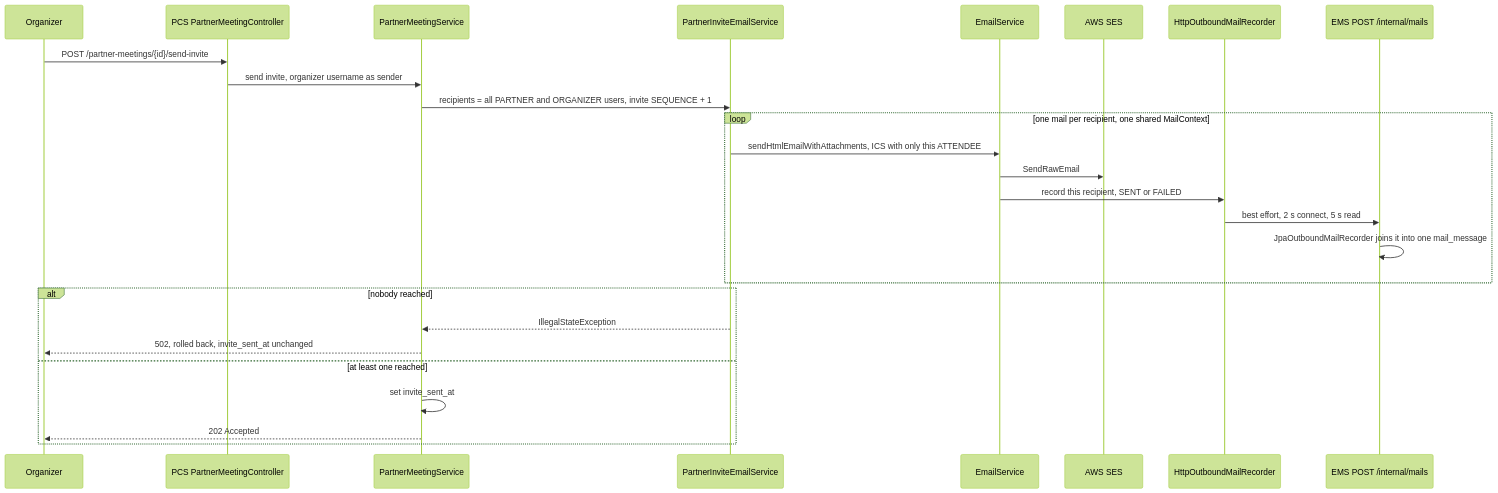
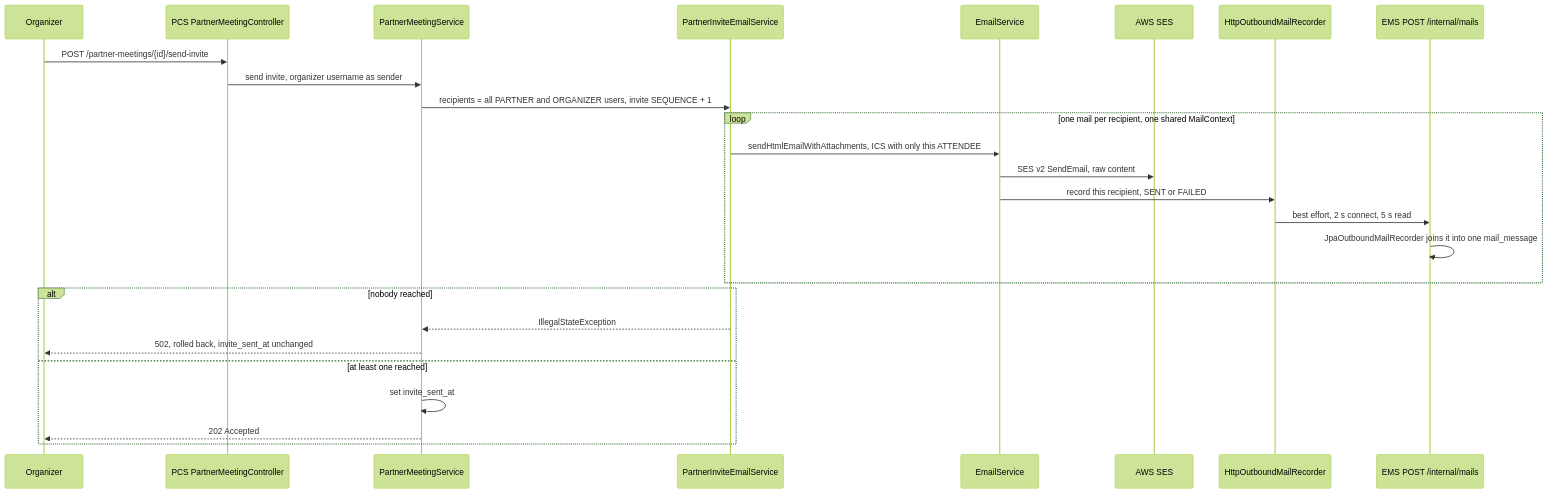
Before and after one commit to nissimbuchs/BATbern2: the ninth of 14 diagrams in docs/architecture/06-backend-architecture.md, drawn with Mermaid (forest theme). The commit also changed other lines of this file and 351 other files, not shown here.

````diff
--- a/docs/architecture/06-backend-architecture.md
+++ b/docs/architecture/06-backend-architecture.md
@@ -1263,29 +1464,29 @@
 ```mermaid
 sequenceDiagram
     participant Org as Organizer
     participant PMC as PCS PartnerMeetingController
     participant PMS as PartnerMeetingService
     participant PIE as PartnerInviteEmailService
     participant ES as EmailService
     participant SES as AWS SES
     participant REC as HttpOutboundMailRecorder
     participant EMS as EMS POST /internal/mails
 
     Org->>PMC: POST /partner-meetings/{id}/send-invite
     PMC->>PMS: send invite, organizer username as sender
     PMS->>PIE: recipients = all PARTNER and ORGANIZER users, invite SEQUENCE + 1
     loop one mail per recipient, one shared MailContext
         PIE->>ES: sendHtmlEmailWithAttachments, ICS with only this ATTENDEE
-        ES->>SES: SendRawEmail
+        ES->>SES: SES v2 SendEmail, raw content
         ES->>REC: record this recipient, SENT or FAILED
         REC->>EMS: best effort, 2 s connect, 5 s read
         EMS->>EMS: JpaOutboundMailRecorder joins it into one mail_message
     end
     alt nobody reached
         PIE-->>PMS: IllegalStateException
         PMS-->>Org: 502, rolled back, invite_sent_at unchanged
     else at least one reached
         PMS->>PMS: set invite_sent_at
         PMS-->>Org: 202 Accepted
     end
 ```
````
